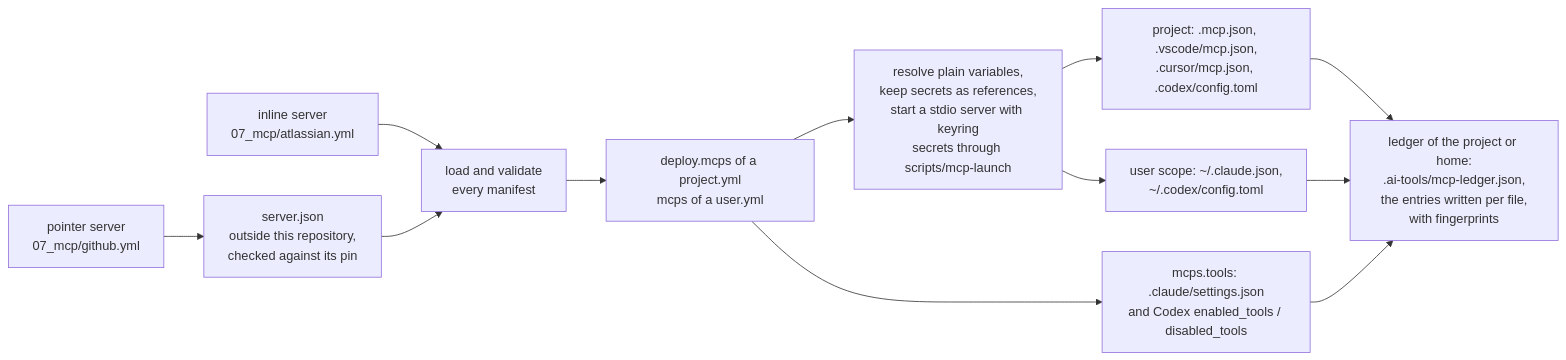
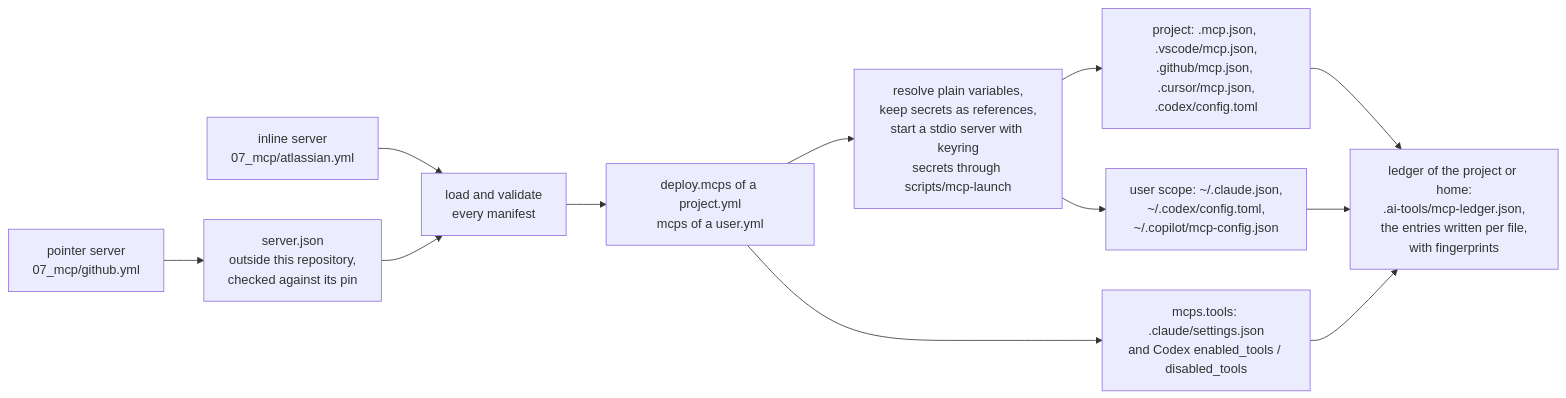
The first of 2 diagrams in 07_mcp/README.md (cleanshipcz/ai-tools), drawn with Mermaid before and after one commit. The commit also changed other lines of this file and 38 other files, not shown here.

````diff
--- a/07_mcp/README.md
+++ b/07_mcp/README.md
@@ -18,13 +18,13 @@
 ```mermaid
 flowchart LR
     inline["inline server<br/>07_mcp/atlassian.yml"] --> loader
     pointer["pointer server<br/>07_mcp/github.yml"] --> json["server.json<br/>outside this repository,<br/>checked against its pin"] --> loader
     loader["load and validate<br/>every manifest"] --> filter["deploy.mcps of a project.yml<br/>mcps of a user.yml"]
     filter --> resolve["resolve plain variables,<br/>keep secrets as references,<br/>start a stdio server with keyring<br/>secrets through scripts/mcp-launch"]
-    resolve --> project["project: .mcp.json, .vscode/mcp.json,<br/>.cursor/mcp.json, .codex/config.toml"]
-    resolve --> home["user scope: ~/.claude.json,<br/>~/.codex/config.toml"]
+    resolve --> project["project: .mcp.json, .vscode/mcp.json,<br/>.github/mcp.json, .cursor/mcp.json,<br/>.codex/config.toml"]
+    resolve --> home["user scope: ~/.claude.json,<br/>~/.codex/config.toml,<br/>~/.copilot/mcp-config.json"]
     filter --> tools["mcps.tools: .claude/settings.json<br/>and Codex enabled_tools / disabled_tools"]
     project --> ledger["ledger of the project or home:<br/>.ai-tools/mcp-ledger.json,<br/>the entries written per file,<br/>with fingerprints"]
     home --> ledger
     tools --> ledger
 ```
````
